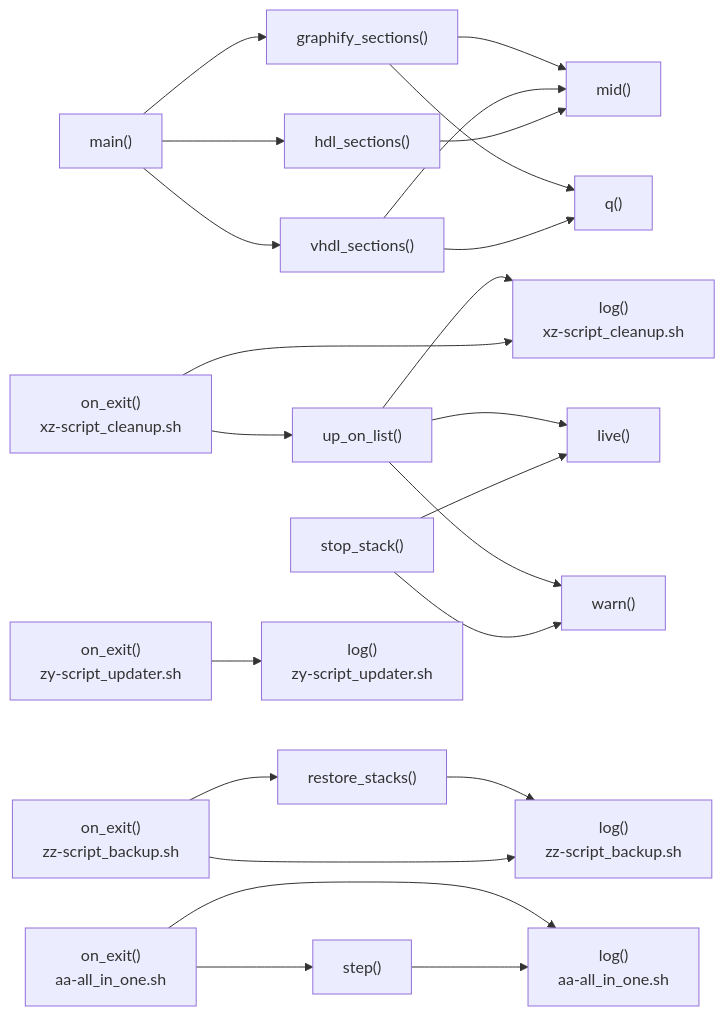
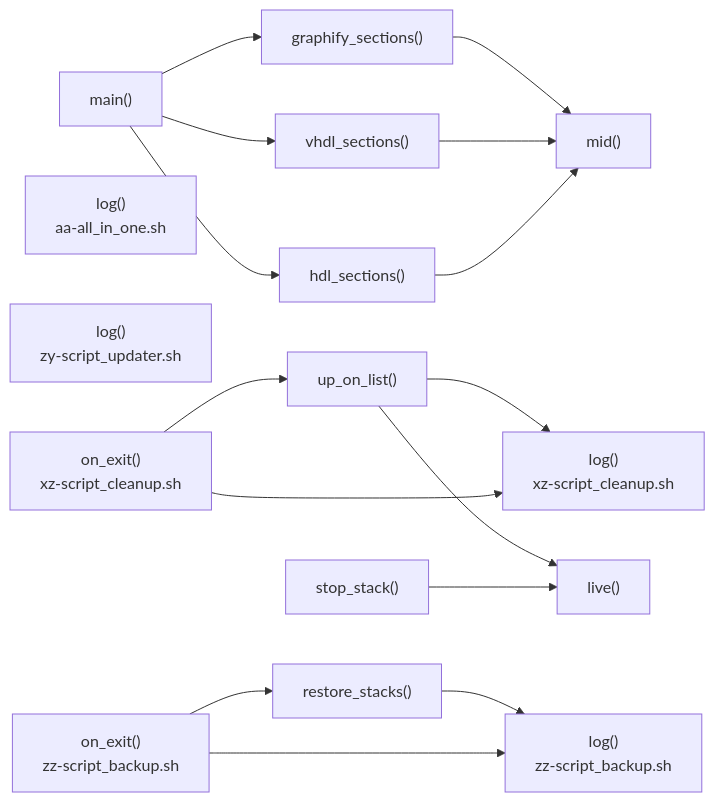
Before and after one commit to spaceadler/scripts: the second of 2 diagrams in CODEMAP.md, drawn with Mermaid. The commit also changed other lines of this file, not shown here.

Commit message:
docs: regenerate CODEMAP.md with the narrower layout

````diff
--- a/CODEMAP.md
+++ b/CODEMAP.md
@@ -52,45 +47,32 @@
 ```mermaid
 flowchart LR
     n_zz_script_backup_restore_stacks["restore_stacks()"]
     n_codemap_graphify_sections["graphify_sections()"]
     n_codemap_main["main()"]
     n_xz_script_cleanup_up_on_list["up_on_list()"]
     n_codemap_vhdl_sections["vhdl_sections()"]
     n_aa_all_in_one_log["log()<br/>aa-all_in_one.sh"]
     n_codemap_mid["mid()"]
     n_xz_script_cleanup_stop_stack["stop_stack()"]
     n_codemap_hdl_sections["hdl_sections()"]
     n_xz_script_cleanup_live["live()"]
     n_xz_script_cleanup_log["log()<br/>xz-script_cleanup.sh"]
     n_zz_script_backup_log["log()<br/>zz-script_backup.sh"]
     n_zy_script_updater_log["log()<br/>zy-script_updater.sh"]
     n_xz_script_cleanup_on_exit["on_exit()<br/>xz-script_cleanup.sh"]
     n_zz_script_backup_on_exit["on_exit()<br/>zz-script_backup.sh"]
-    n_zy_script_updater_on_exit["on_exit()<br/>zy-script_updater.sh"]
-    n_aa_all_in_one_on_exit["on_exit()<br/>aa-all_in_one.sh"]
-    n_codemap_q["q()"]
-    n_aa_all_in_one_step["step()"]
-    n_xz_script_cleanup_warn["warn()"]
     n_zz_script_backup_restore_stacks --> n_zz_script_backup_log
     n_codemap_graphify_sections --> n_codemap_mid
-    n_codemap_graphify_sections --> n_codemap_q
     n_codemap_main --> n_codemap_hdl_sections
     n_codemap_main --> n_codemap_vhdl_sections
     n_codemap_main --> n_codemap_graphify_sections
     n_xz_script_cleanup_up_on_list --> n_xz_script_cleanup_log
     n_xz_script_cleanup_up_on_list --> n_xz_script_cleanup_live
-    n_xz_script_cleanup_up_on_list --> n_xz_script_cleanup_warn
     n_codemap_vhdl_sections --> n_codemap_mid
-    n_codemap_vhdl_sections --> n_codemap_q
     n_xz_script_cleanup_stop_stack --> n_xz_script_cleanup_live
-    n_xz_script_cleanup_stop_stack --> n_xz_script_cleanup_warn
     n_codemap_hdl_sections --> n_codemap_mid
     n_xz_script_cleanup_on_exit --> n_xz_script_cleanup_up_on_list
     n_xz_script_cleanup_on_exit --> n_xz_script_cleanup_log
     n_zz_script_backup_on_exit --> n_zz_script_backup_restore_stacks
     n_zz_script_backup_on_exit --> n_zz_script_backup_log
-    n_zy_script_updater_on_exit --> n_zy_script_updater_log
-    n_aa_all_in_one_on_exit --> n_aa_all_in_one_log
-    n_aa_all_in_one_on_exit --> n_aa_all_in_one_step
-    n_aa_all_in_one_step --> n_aa_all_in_one_log
 ```
````
